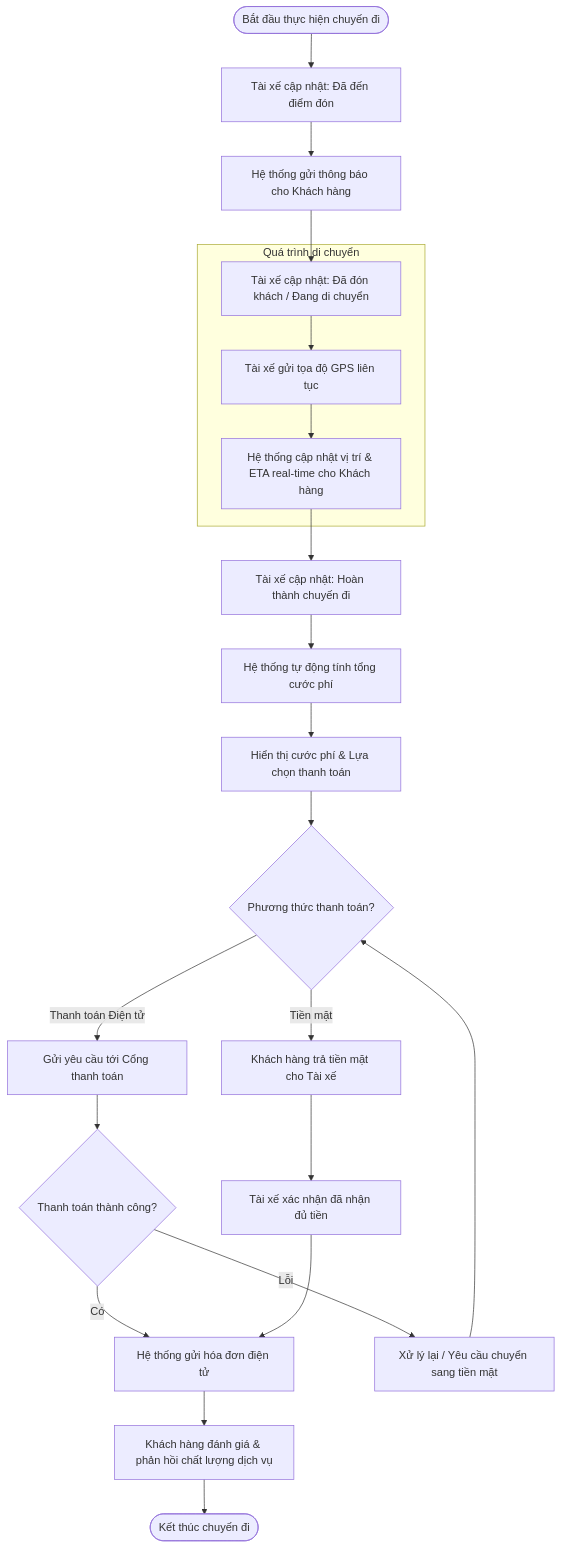
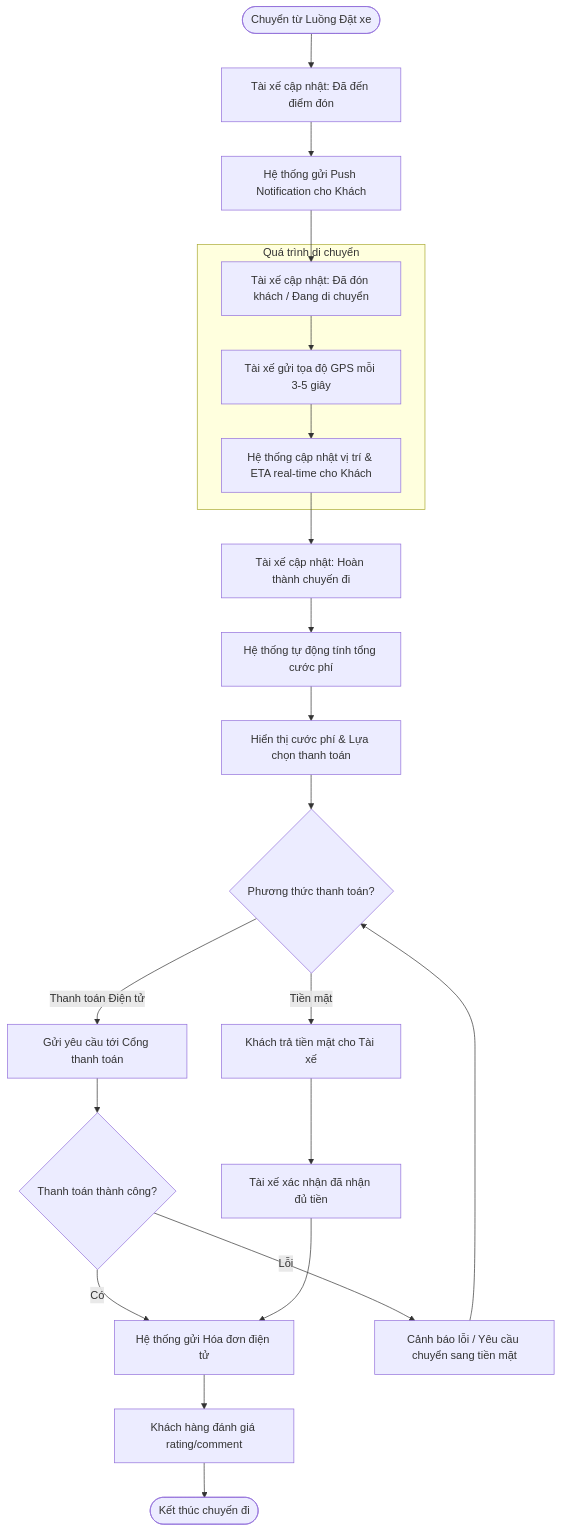
Before and after one commit to DuynDangHocBai/23720691_NguyenThiMyDUyen_CABSYSTEM: the fourth of 9 diagrams in srs.md, drawn with Mermaid. The commit also changed other lines of this file, not shown here.

First line of the commit message:
Revise process diagrams and descriptions in srs.md

````diff
--- a/srs.md
+++ b/srs.md
@@ -138,31 +134,31 @@
 ```mermaid
 flowchart TD
-    Transition([Bắt đầu thực hiện chuyến đi]) --> DriverArrive[Tài xế cập nhật: Đã đến điểm đón]
-    DriverArrive --> NotifyArrived[Hệ thống gửi thông báo cho Khách hàng]
+    Transition([Chuyển từ Luồng Đặt xe]) --> DriverArrive[Tài xế cập nhật: Đã đến điểm đón]
+    DriverArrive --> NotifyArrived[Hệ thống gửi Push Notification cho Khách]
     
     NotifyArrived --> StartTrip[Tài xế cập nhật: Đã đón khách / Đang di chuyển]
     
     subgraph RealTimeTracking [Quá trình di chuyển]
-        StartTrip --> GPSUpdate[Tài xế gửi tọa độ GPS liên tục]
-        GPSUpdate --> ShowETA[Hệ thống cập nhật vị trí & ETA real-time cho Khách hàng]
+        StartTrip --> GPSUpdate[Tài xế gửi tọa độ GPS mỗi 3-5 giây]
+        GPSUpdate --> ShowETA[Hệ thống cập nhật vị trí & ETA real-time cho Khách]
     end
 
     ShowETA --> FinishTrip[Tài xế cập nhật: Hoàn thành chuyến đi]
     FinishTrip --> CalcFare[Hệ thống tự động tính tổng cước phí]
     CalcFare --> ShowFare[Hiển thị cước phí & Lựa chọn thanh toán]
 
     ShowFare --> PaymentMethod{Phương thức thanh toán?}
 
     PaymentMethod -- Thanh toán Điện tử --> Gateway[Gửi yêu cầu tới Cổng thanh toán]
     Gateway --> CheckPay{Thanh toán thành công?}
-    CheckPay -- Có --> IssueInvoice[Hệ thống gửi hóa đơn điện tử]
-    CheckPay -- Lỗi --> RetryPay[Xử lý lại / Yêu cầu chuyển sang tiền mặt]
+    CheckPay -- Có --> IssueInvoice[Hệ thống gửi Hóa đơn điện tử]
+    CheckPay -- Lỗi --> RetryPay[Cảnh báo lỗi / Yêu cầu chuyển sang tiền mặt]
     RetryPay --> PaymentMethod
 
-    PaymentMethod -- Tiền mặt --> CashPay[Khách hàng trả tiền mặt cho Tài xế]
+    PaymentMethod -- Tiền mặt --> CashPay[Khách trả tiền mặt cho Tài xế]
     CashPay --> ConfirmCash[Tài xế xác nhận đã nhận đủ tiền]
     ConfirmCash --> IssueInvoice
 
-    IssueInvoice --> Rating[Khách hàng đánh giá & phản hồi chất lượng dịch vụ]
+    IssueInvoice --> Rating[Khách hàng đánh giá rating/comment]
     Rating --> EndTrip([Kết thúc chuyến đi])
 ```
````
